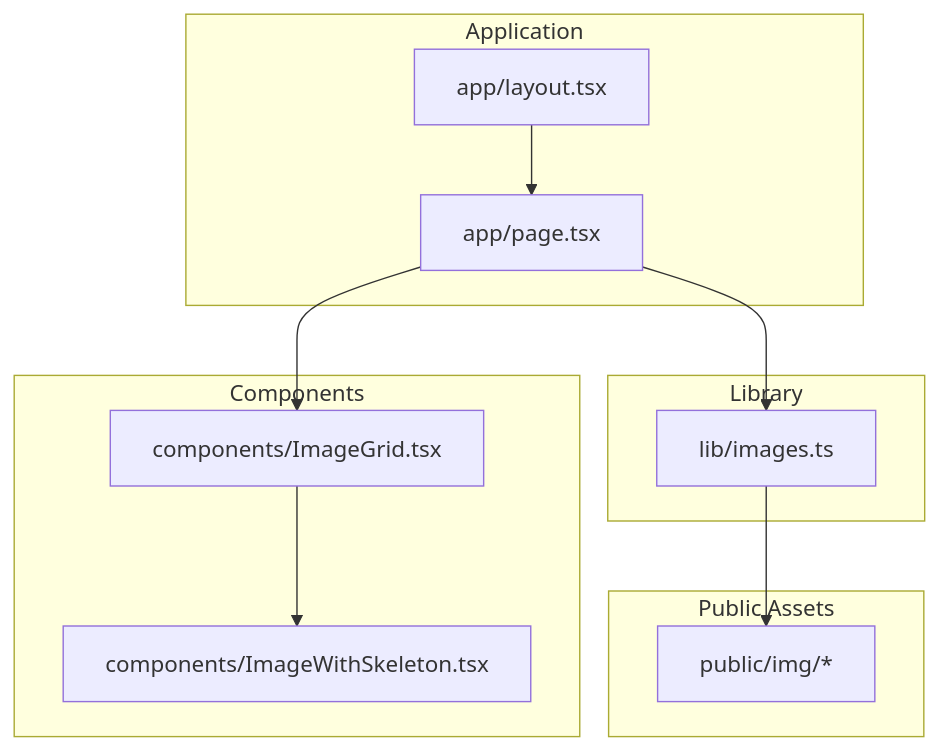
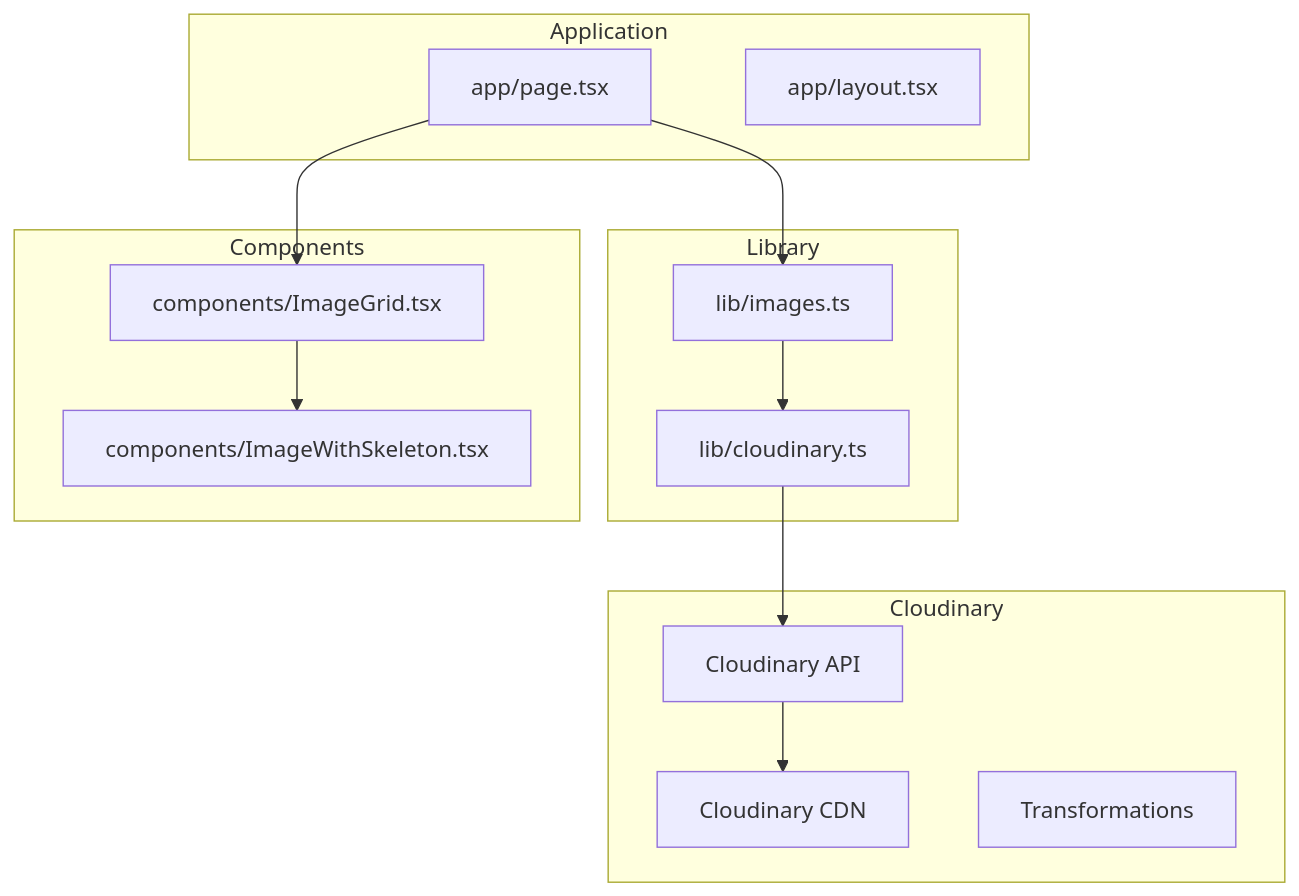
One commit to Black-box01/rhemaexpertsolutions changed the first of 5 diagrams in .qoder/repowiki/en/content/Service Layer/Image Processing Service.md. Above: the diagram before and after it, drawn with Mermaid. The commit also changed other lines of this file and 37 other files, not shown here.

````diff
--- a/.qoder/repowiki/en/content/Service Layer/Image Processing Service.md
+++ b/.qoder/repowiki/en/content/Service Layer/Image Processing Service.md
@@ -34,22 +50,26 @@
 ```mermaid
 graph TB
 subgraph "Application"
 P["app/page.tsx"]
 L["app/layout.tsx"]
 end
 subgraph "Library"
+CLD["lib/cloudinary.ts"]
 IMG["lib/images.ts"]
 end
 subgraph "Components"
 IG["components/ImageGrid.tsx"]
 IWS["components/ImageWithSkeleton.tsx"]
 end
-subgraph "Public Assets"
-PUB["public/img/*"]
+subgraph "Cloudinary"
+CDN["Cloudinary CDN"]
+API["Cloudinary API"]
+TRANS["Transformations"]
 end
 P --> IMG
 P --> IG
+IMG --> CLD
+CLD --> API
+API --> CDN
 IG --> IWS
-IMG --> PUB
-L --> P
 ```
````
